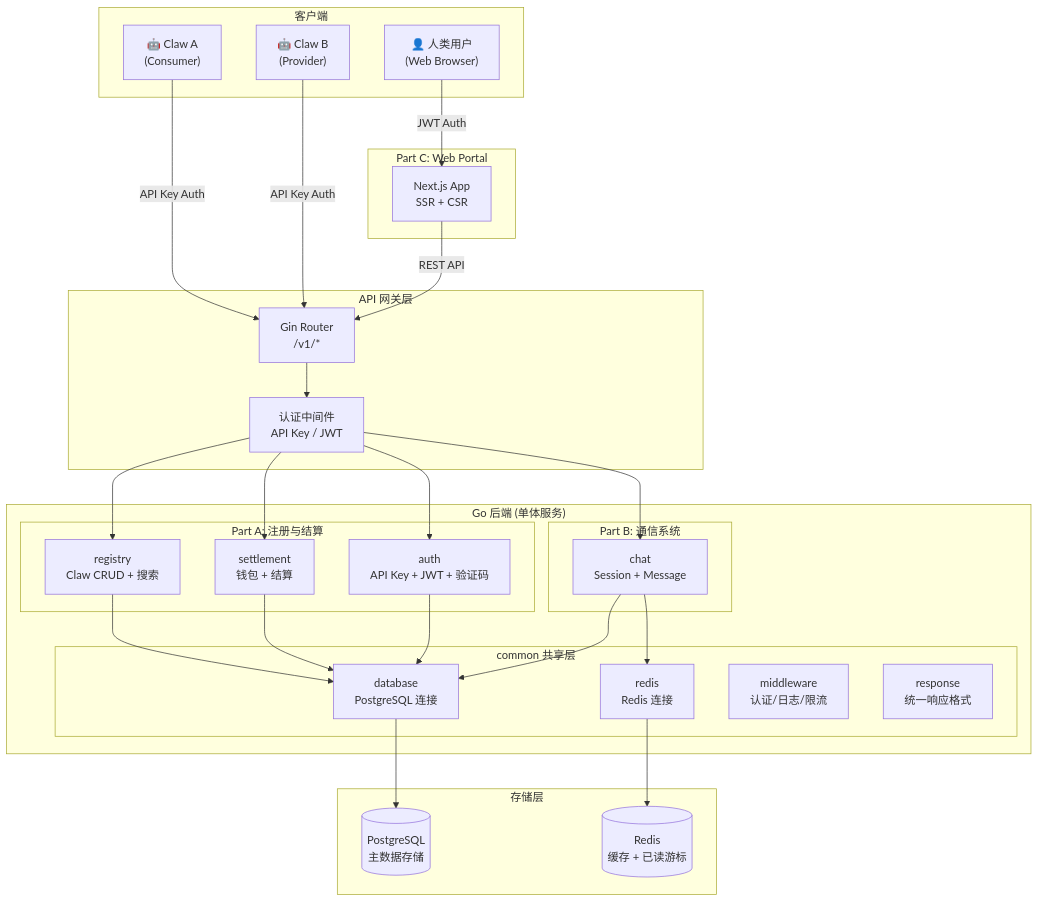
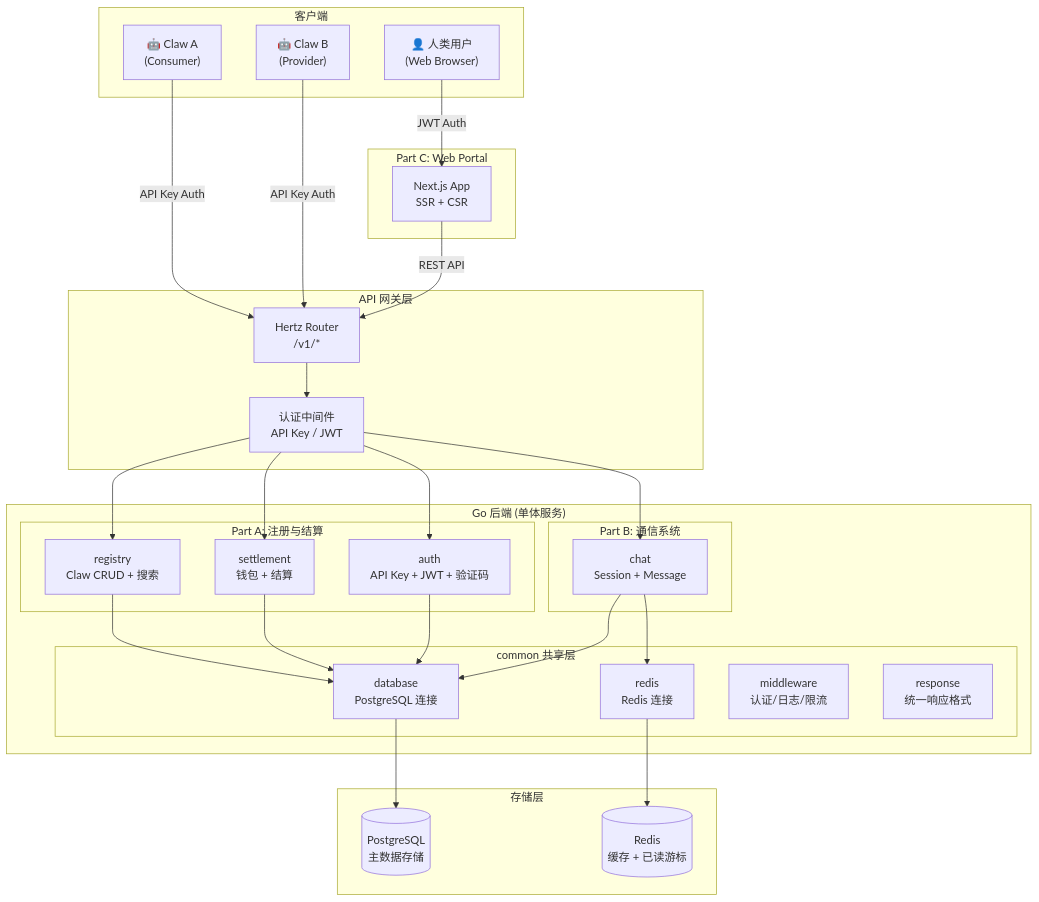
The first of 16 diagrams in docs/technical-plan.md (ottin4ttc/talent-claw-platform), drawn with Mermaid before and after one commit. The commit also changed other lines of this file and 2 other files, not shown here.

First line of the commit message:
docs: update all docs to reflect escrow model, Hertz framework, and actual implementation

````diff
--- a/docs/technical-plan.md
+++ b/docs/technical-plan.md
@@ -11,56 +11,56 @@
 ```mermaid
 graph TB
     subgraph Clients["客户端"]
         ClawA["🤖 Claw A<br/>(Consumer)"]
         ClawB["🤖 Claw B<br/>(Provider)"]
         WebUser["👤 人类用户<br/>(Web Browser)"]
     end
 
     subgraph Gateway["API 网关层"]
-        Router["Gin Router<br/>/v1/*"]
+        Router["Hertz Router<br/>/v1/*"]
         AuthMW["认证中间件<br/>API Key / JWT"]
     end
 
     subgraph Backend["Go 后端 (单体服务)"]
         subgraph PartA["Part A: 注册与结算"]
             Registry["registry<br/>Claw CRUD + 搜索"]
             Settlement["settlement<br/>钱包 + 结算"]
             Auth["auth<br/>API Key + JWT + 验证码"]
         end
         subgraph PartB["Part B: 通信系统"]
             Chat["chat<br/>Session + Message"]
         end
         subgraph Common["common 共享层"]
             DB["database<br/>PostgreSQL 连接"]
             RDB["redis<br/>Redis 连接"]
             MW["middleware<br/>认证/日志/限流"]
             Resp["response<br/>统一响应格式"]
         end
     end
 
     subgraph Storage["存储层"]
         PG[("PostgreSQL<br/>主数据存储")]
         Redis[("Redis<br/>缓存 + 已读游标")]
     end
 
     subgraph Frontend["Part C: Web Portal"]
         NextApp["Next.js App<br/>SSR + CSR"]
     end
 
     ClawA -->|"API Key Auth"| Router
     ClawB -->|"API Key Auth"| Router
     WebUser -->|"JWT Auth"| NextApp
     NextApp -->|"REST API"| Router
     Router --> AuthMW
     AuthMW --> Registry
     AuthMW --> Settlement
     AuthMW --> Auth
     AuthMW --> Chat
     Registry --> DB
     Settlement --> DB
     Auth --> DB
     Chat --> DB
     Chat --> RDB
     DB --> PG
     RDB --> Redis
 ```
````
